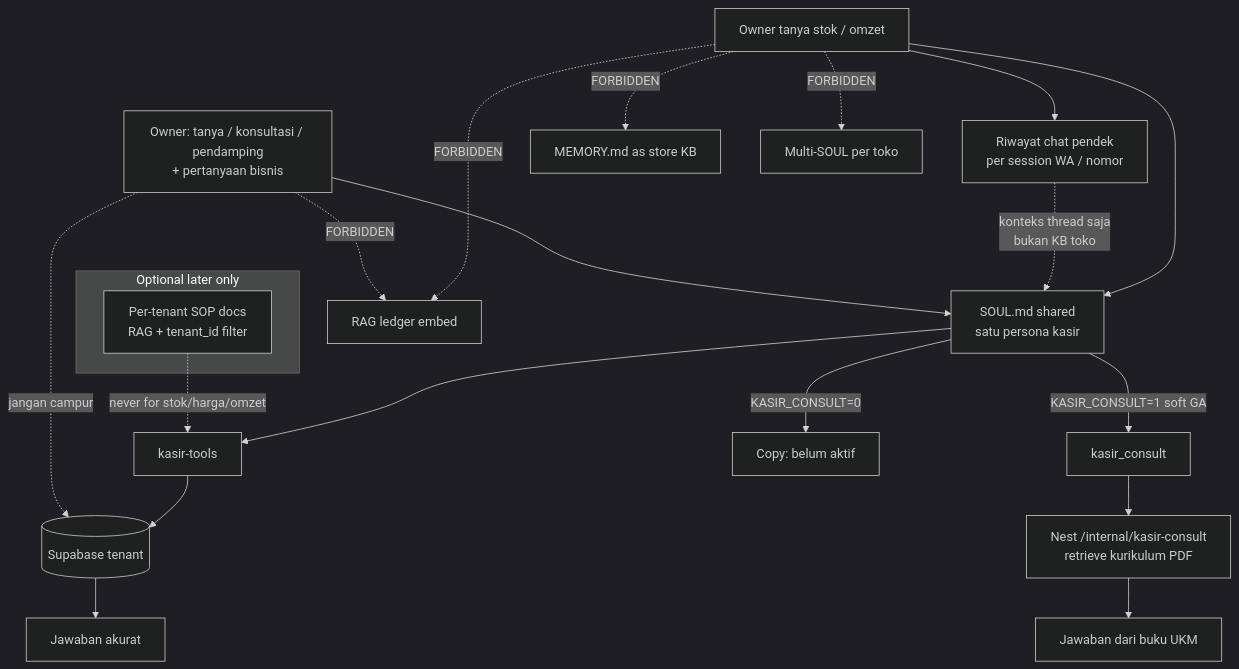
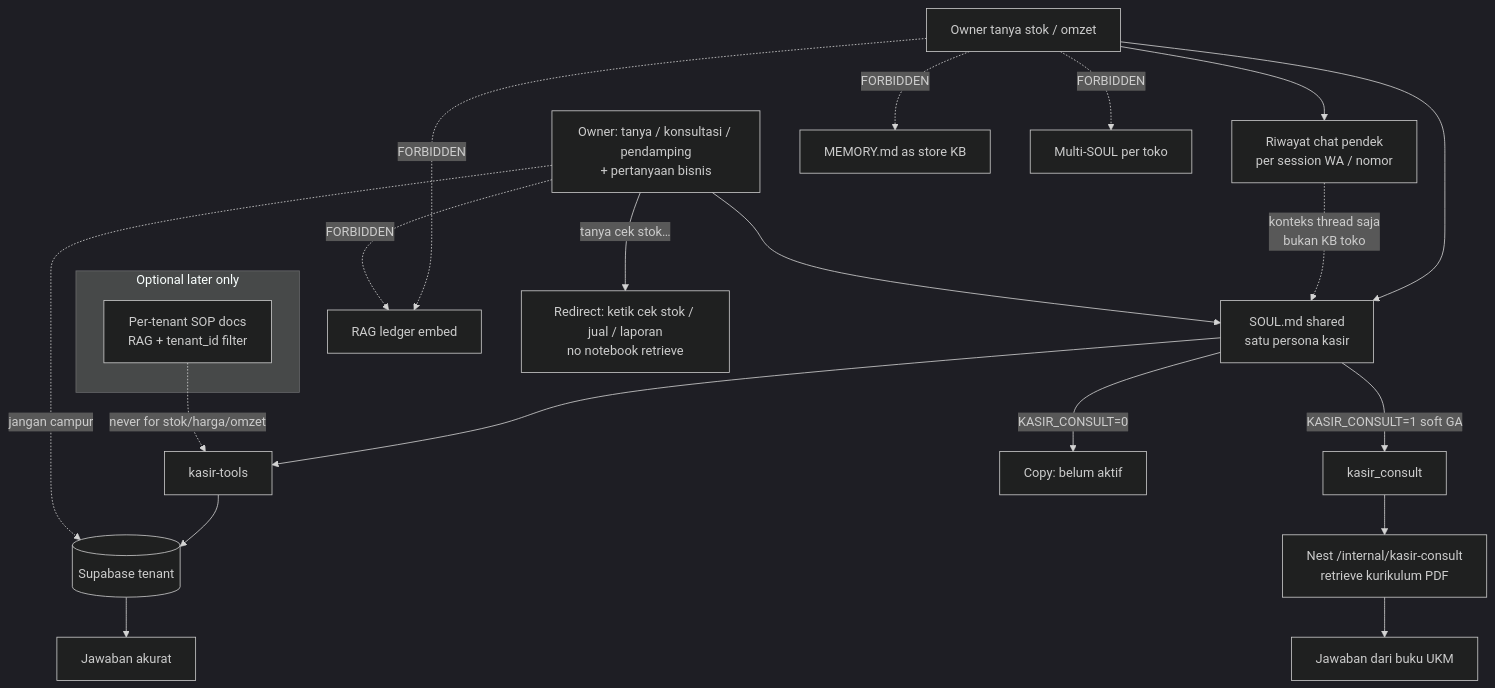
One commit to nusantarasoft/juragan-aibuilder-cup changed the diagram in diagrams/aistudio/umkm-wa/system/L8-knowledge-soul.mmd. Above: the diagram before and after it, drawn with Mermaid (dark theme). The commit also changed 11 other files, not shown here.

```diff
--- a/diagrams/aistudio/umkm-wa/system/L8-knowledge-soul.mmd
+++ b/diagrams/aistudio/umkm-wa/system/L8-knowledge-soul.mmd
@@ -1,30 +1,31 @@
 %% System L8: knowledge + character locks (Q2 / Q3) + kurikulum consult — eng / ops
 %% Facts stok/omzet = tools/DB; short-term chat OK; kurikulum = kasir_consult→Nest RAG.
 %% Prod soft GA: KASIR_CONSULT=1 (2026-09-20). Compose default remains 0.
 %% Never MEMORY/RAG ledger for stok/harga/omzet.
 flowchart TB
   Q[Owner tanya stok / omzet] --> S[SOUL.md shared<br/>satu persona kasir]
   S --> T[kasir-tools]
   T --> DB[(Supabase tenant)]
   DB --> A[Jawaban akurat]
 
   Q --> H[Riwayat chat pendek<br/>per session WA / nomor]
   H -.->|konteks thread saja<br/>bukan KB toko| S
 
   C[Owner: tanya / konsultasi / pendamping<br/>+ pertanyaan bisnis]
   C --> S
   S -->|KASIR_CONSULT=1 soft GA| KC[kasir_consult]
   KC --> Nest[Nest /internal/kasir-consult<br/>retrieve kurikulum PDF]
   Nest --> Buku[Jawaban dari buku UKM]
   S -->|KASIR_CONSULT=0| Off[Copy: belum aktif]
 
   Q -.->|FORBIDDEN| R[RAG ledger embed]
   Q -.->|FORBIDDEN| M[MEMORY.md as store KB]
   Q -.->|FORBIDDEN| MS[Multi-SOUL per toko]
   C -.->|FORBIDDEN| R
   C -.->|jangan campur| DB
+  C -->|tanya cek stok…| Redir[Redirect: ketik cek stok / jual / laporan<br/>no notebook retrieve]
 
   subgraph later["Optional later only"]
     DOC[Per-tenant SOP docs<br/>RAG + tenant_id filter]
   end
   DOC -.->|never for stok/harga/omzet| T
```
